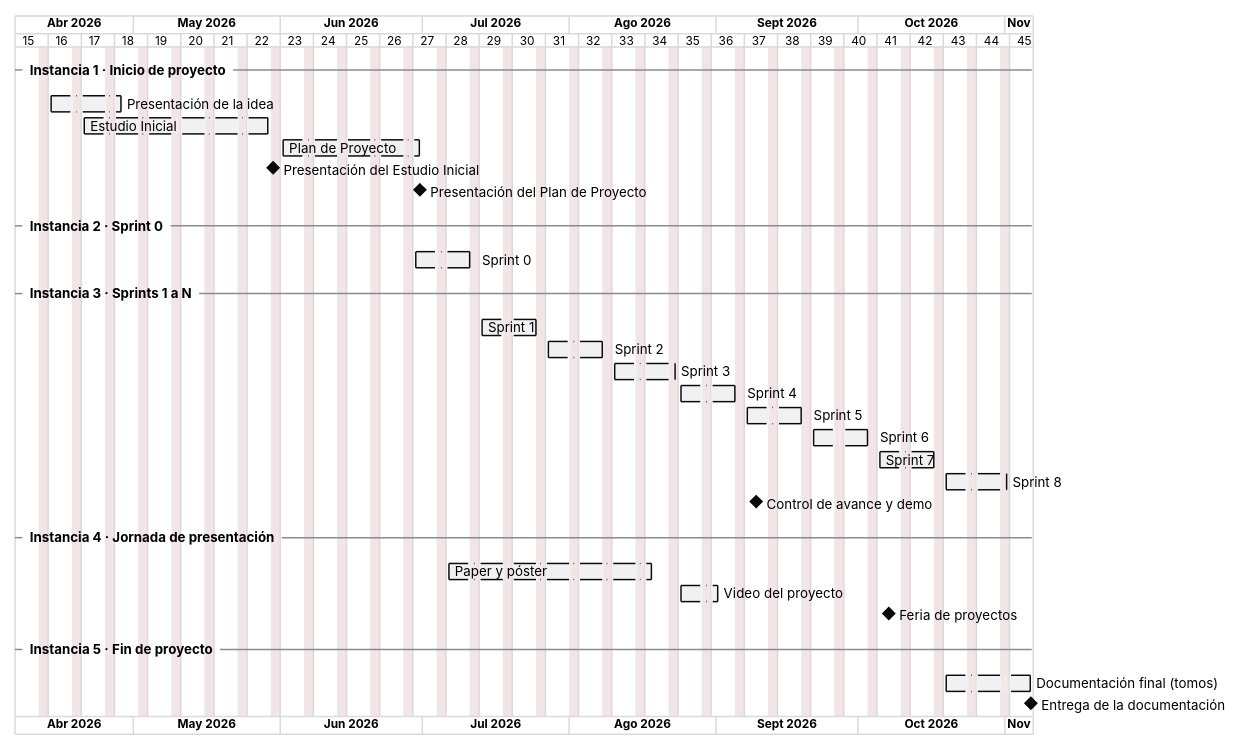
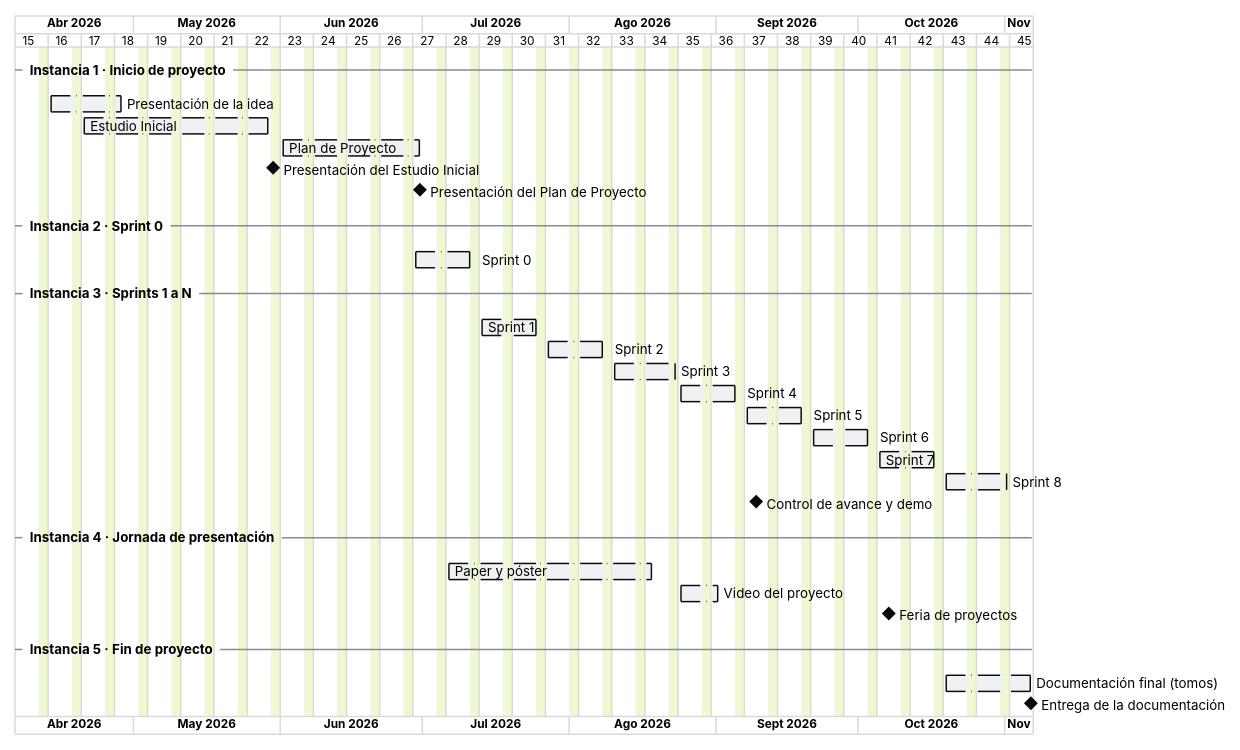
The diagram in docs/tomos/diagramas/pp-cronograma.puml (movosend/movo), drawn with PlantUML before and after one commit. The commit also changed 2 other files, not shown here.

```diff
--- a/docs/tomos/diagramas/pp-cronograma.puml
+++ b/docs/tomos/diagramas/pp-cronograma.puml
@@ -1,48 +1,49 @@
 @startgantt pp-cronograma
 ' Plan de Proyecto §5: cronograma alineado al calendario académico 2026.
 ' Fechas de los sprints tomadas de los ciclos de Linear (Sprint N = Cycle N+1).
 <style>
 ganttDiagram {
   task { FontName Inter; FontSize 9; BackGroundColor #F1F1F3; LineColor #0A0A0B }
   milestone { FontName Inter; FontSize 9; BackGroundColor #0A0A0B; LineColor #0A0A0B }
   separator { FontName Inter; FontSize 9; FontStyle bold; LineColor #8A8A93 }
   timeline { FontName Inter; FontSize 8; LineColor #D9D9DE }
   arrow { LineColor #3A3A40 }
+  closed { BackGroundColor #EEF9D2; LineColor #EEF9D2 }
 }
 </style>
 language es
 printscale weekly
 Project starts 2026-04-06
 saturday are closed
 sunday are closed
 
 -- Instancia 1 · Inicio de proyecto --
 [Presentación de la idea] starts 2026-04-13 and ends 2026-04-28
 [Estudio Inicial] starts 2026-04-20 and ends 2026-05-29
 [Plan de Proyecto] starts 2026-06-01 and ends 2026-06-30
 [Presentación del Estudio Inicial] happens 2026-05-30
 [Presentación del Plan de Proyecto] happens 2026-06-30
 
 -- Instancia 2 · Sprint 0 --
 [Sprint 0] starts 2026-06-29 and ends 2026-07-12
 
 -- Instancia 3 · Sprints 1 a N --
 [Sprint 1] starts 2026-07-13 and ends 2026-07-26
 [Sprint 2] starts 2026-07-27 and ends 2026-08-09
 [Sprint 3] starts 2026-08-10 and ends 2026-08-23
 [Sprint 4] starts 2026-08-24 and ends 2026-09-06
 [Sprint 5] starts 2026-09-07 and ends 2026-09-20
 [Sprint 6] starts 2026-09-21 and ends 2026-10-04
 [Sprint 7] starts 2026-10-05 and ends 2026-10-18
 [Sprint 8] starts 2026-10-19 and ends 2026-11-01
 [Control de avance y demo] happens 2026-09-09
 
 -- Instancia 4 · Jornada de presentación --
 [Paper y póster] starts 2026-07-06 and ends 2026-08-18
 [Video del proyecto] starts 2026-08-22 and ends 2026-09-01
 [Feria de proyectos] happens 2026-10-07
 
 -- Instancia 5 · Fin de proyecto --
 [Documentación final (tomos)] starts 2026-10-19 and ends 2026-11-06
 [Entrega de la documentación] happens 2026-11-06
 @endgantt
```
